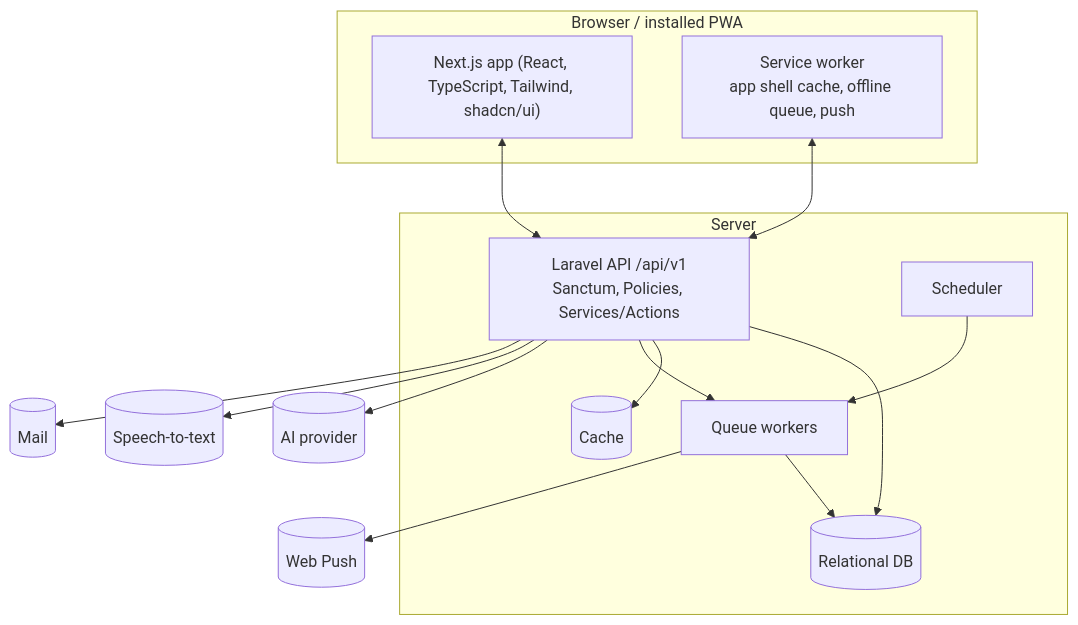
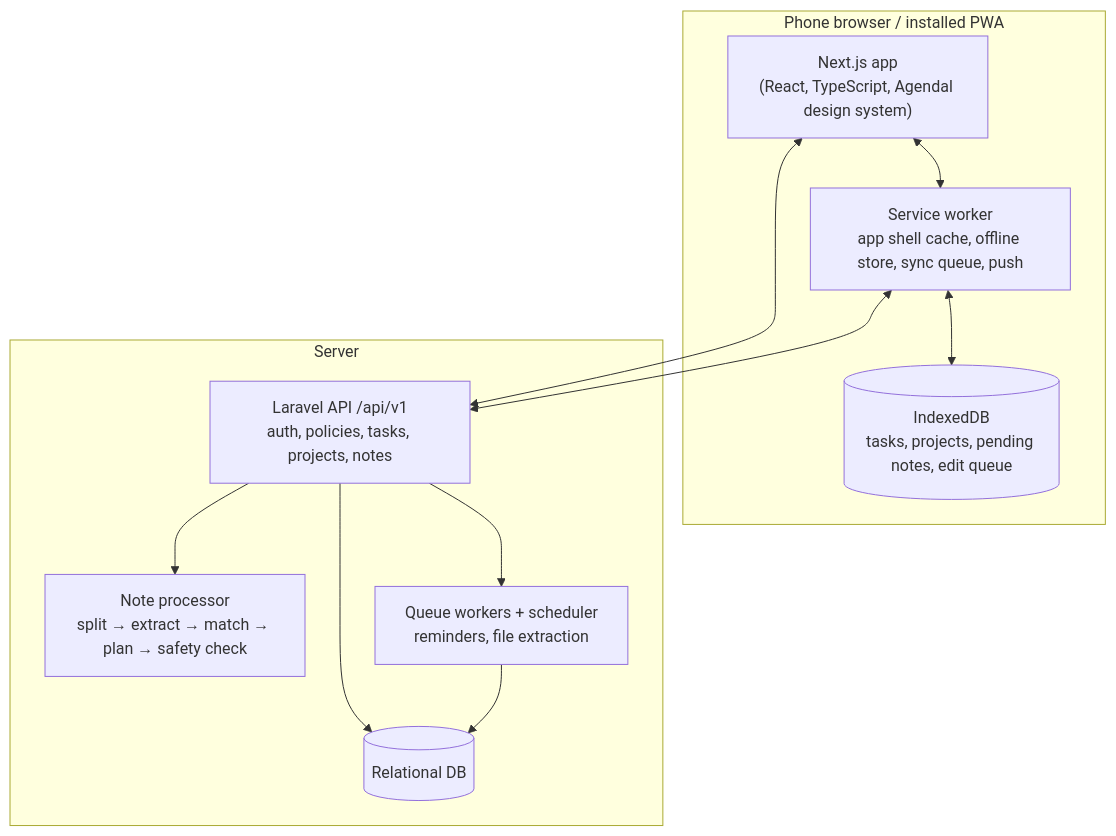
The diagram in docs/07-architecture/architecture-overview.md (02bbits/Agendal), drawn with Mermaid before and after one commit. The commit also changed other lines of this file and 122 other files, not shown here.

First line of the commit message:
docs: rewrite project docs for V2 (notes to tasks)

````diff
--- a/docs/07-architecture/architecture-overview.md
+++ b/docs/07-architecture/architecture-overview.md
@@ -3,25 +3,22 @@
 ```mermaid
 flowchart TB
-    subgraph Client["Browser / installed PWA"]
-        FE["Next.js app (React, TypeScript, Tailwind, shadcn/ui)"]
-        SW["Service worker<br/>app shell cache, offline queue, push"]
+    subgraph Device["Phone browser / installed PWA"]
+        FE["Next.js app<br/>(React, TypeScript, Agendal design system)"]
+        SW["Service worker<br/>app shell cache, offline store, sync queue, push"]
+        IDB[(IndexedDB<br/>tasks, projects, pending notes, edit queue)]
     end
     subgraph Server
-        API["Laravel API /api/v1<br/>Sanctum, Policies, Services/Actions"]
-        Q["Queue workers"]
-        S["Scheduler"]
+        API["Laravel API /api/v1<br/>auth, policies, tasks, projects, notes"]
+        NP["Note processor<br/>split → extract → match → plan → safety check"]
+        Q["Queue workers + scheduler<br/>reminders, file extraction"]
         DB[(Relational DB)]
-        C[(Cache)]
     end
+    FE <--> SW
+    SW <--> IDB
     FE <--> API
     SW <--> API
+    API --> NP
     API --> DB
-    API --> C
     API --> Q
-    S --> Q
     Q --> DB
-    API --> AI[(AI provider)]
-    API --> STT[(Speech-to-text)]
-    Q --> P[(Web Push)]
-    API --> M[(Mail)]
 ```
````
